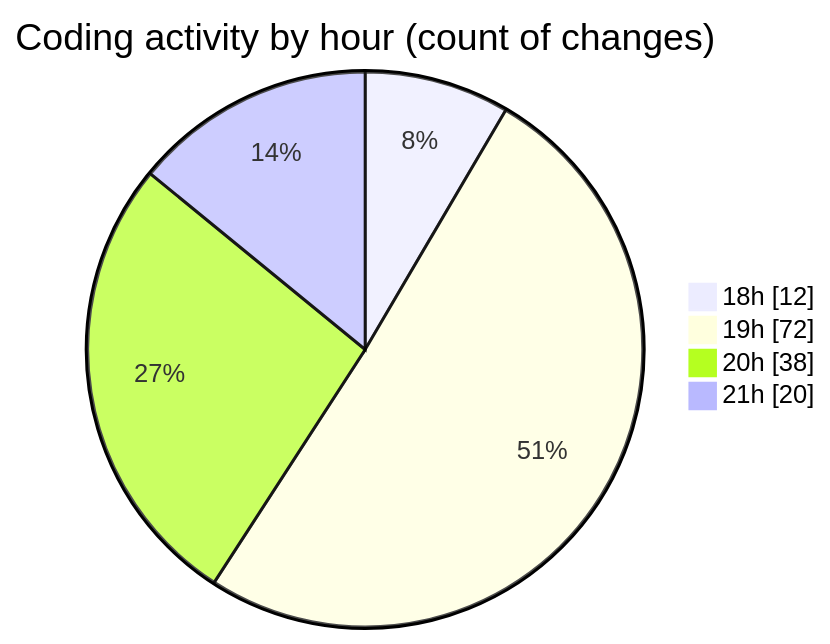
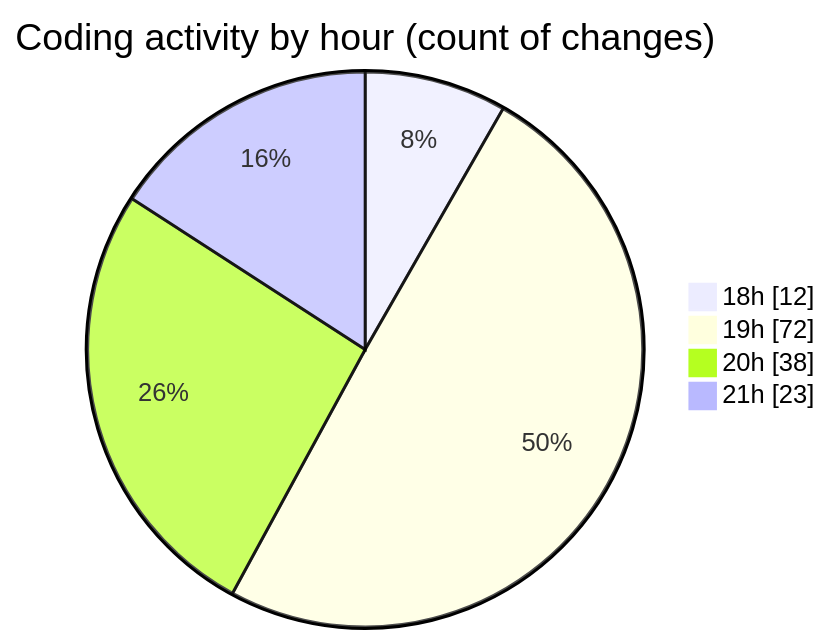
One commit to MatusMokan/code-tracking changed the second of 2 diagrams in 2025-03-14/myws__workspace_/README.md. Above: the diagram before and after it, drawn with Mermaid. The commit also changed other lines of this file and 1 other file, not shown here.

````diff
--- a/2025-03-14/myws__workspace_/README.md
+++ b/2025-03-14/myws__workspace_/README.md
@@ -30,8 +30,8 @@
 ```mermaid
 pie showData
 title Coding activity by hour (count of changes)
 "18h" : 12
 "19h" : 72
 "20h" : 38
-"21h" : 20
+"21h" : 23
 ```
````
